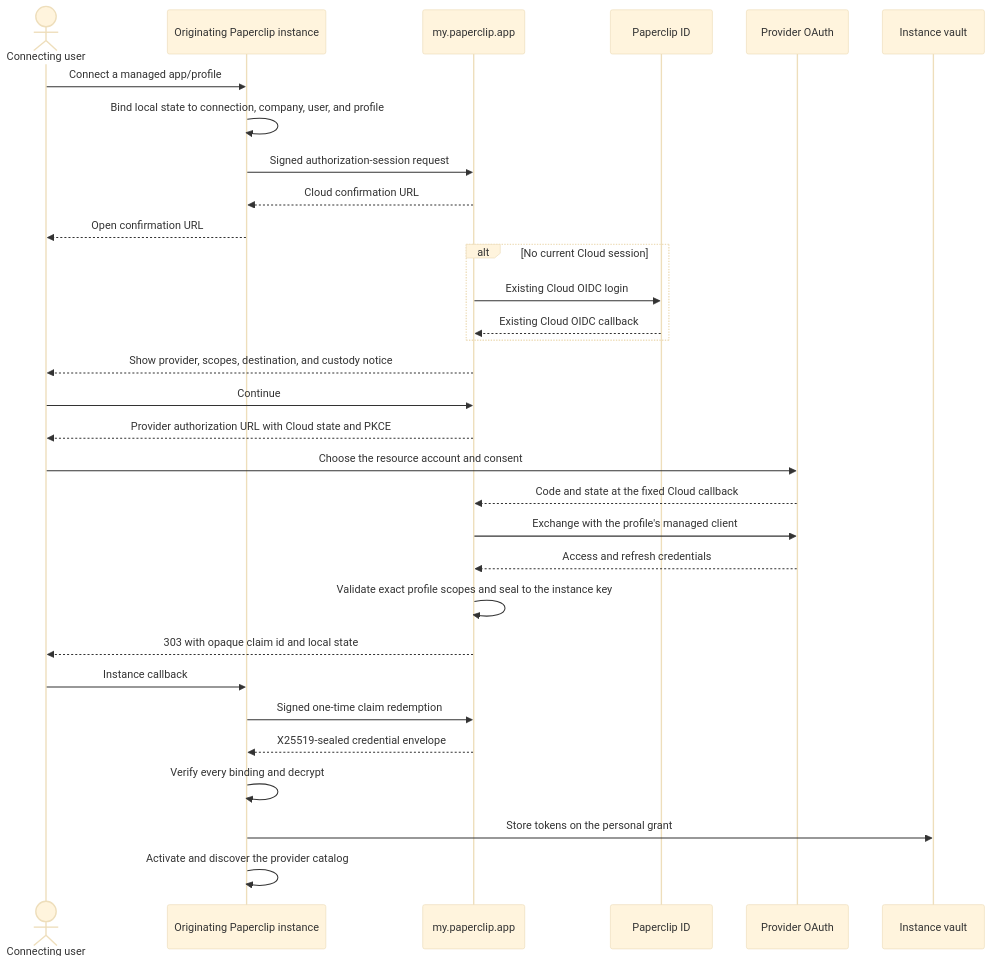
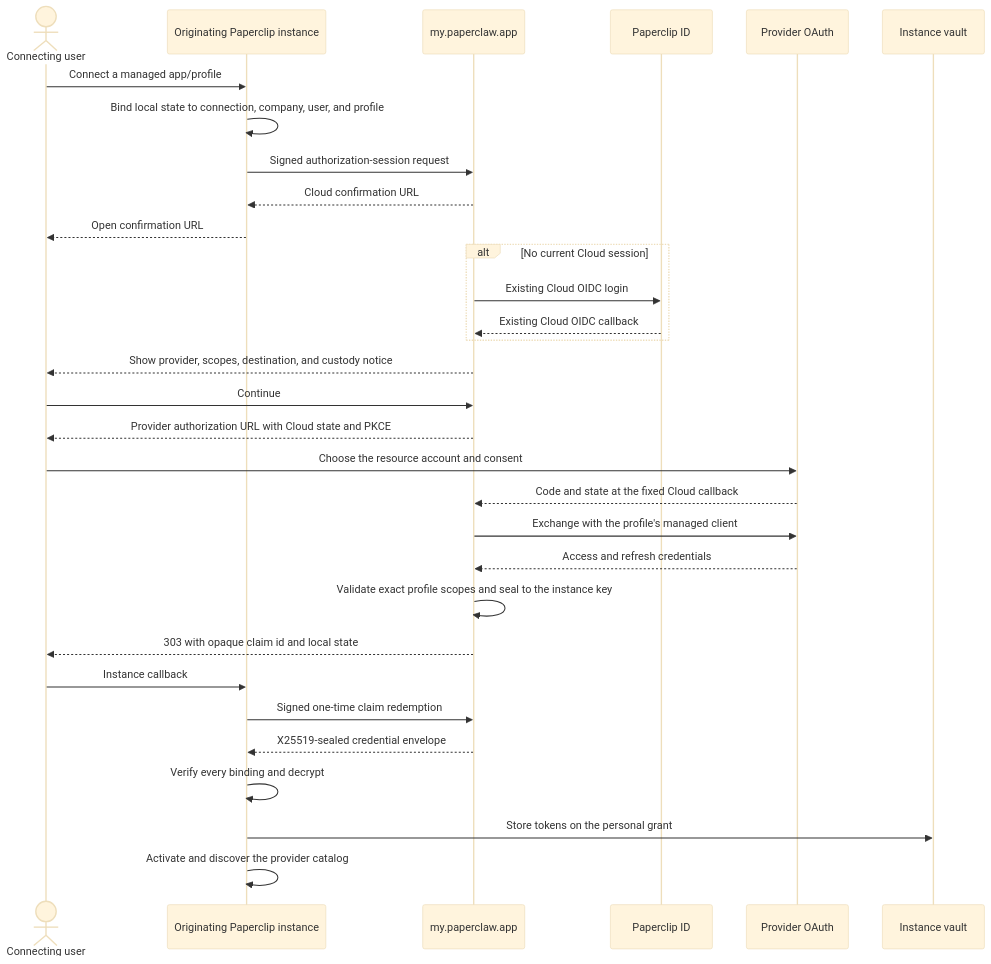
One commit to karanbavari/paperclaw changed the second of 3 diagrams in doc/plans/2026-08-26-self-serve-mcp-connections.md. Above: the diagram before and after it, drawn with Mermaid (base theme). The commit also changed other lines of this file and 3282 other files, not shown here.

````diff
--- a/doc/plans/2026-08-26-self-serve-mcp-connections.md
+++ b/doc/plans/2026-08-26-self-serve-mcp-connections.md
@@ -228,34 +228,34 @@
 ```mermaid
 sequenceDiagram
     actor U as Connecting user
     participant P as Originating Paperclip instance
-    participant C as my.paperclip.app
+    participant C as my.paperclaw.app
     participant I as Paperclip ID
     participant O as Provider OAuth
     participant V as Instance vault
 
     U->>P: Connect a managed app/profile
     P->>P: Bind local state to connection, company, user, and profile
     P->>C: Signed authorization-session request
     C-->>P: Cloud confirmation URL
     P-->>U: Open confirmation URL
     alt No current Cloud session
         C->>I: Existing Cloud OIDC login
         I-->>C: Existing Cloud OIDC callback
     end
     C-->>U: Show provider, scopes, destination, and custody notice
     U->>C: Continue
     C-->>U: Provider authorization URL with Cloud state and PKCE
     U->>O: Choose the resource account and consent
     O-->>C: Code and state at the fixed Cloud callback
     C->>O: Exchange with the profile's managed client
     O-->>C: Access and refresh credentials
     C->>C: Validate exact profile scopes and seal to the instance key
     C-->>U: 303 with opaque claim id and local state
     U->>P: Instance callback
     P->>C: Signed one-time claim redemption
     C-->>P: X25519-sealed credential envelope
     P->>P: Verify every binding and decrypt
     P->>V: Store tokens on the personal grant
     P->>P: Activate and discover the provider catalog
 ```
````
